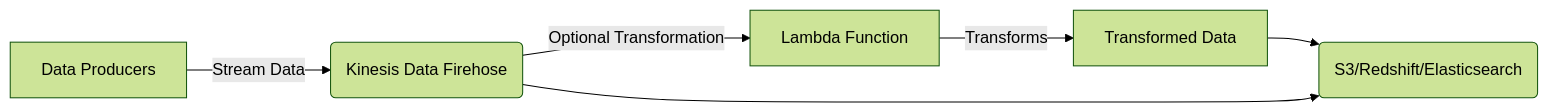
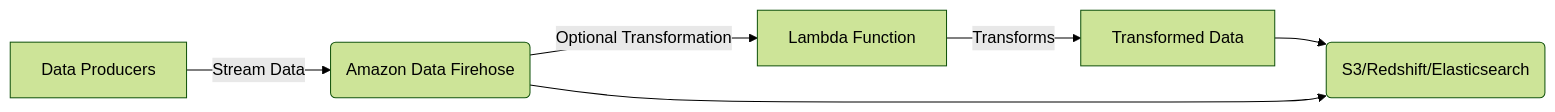
The eighth of 15 diagrams in aws_lambda.md (susmitpy/talks), drawn with Mermaid (forest theme) before and after one commit. The commit also changed other lines of this file, not shown here.

````diff
--- a/aws_lambda.md
+++ b/aws_lambda.md
@@ -383,8 +393,8 @@
 ```mermaid
 graph LR
-    A[Data Producers] -- Stream Data --> B(Kinesis Data Firehose)
+    A[Data Producers] -- Stream Data --> B(Amazon Data Firehose)
     B -- Optional Transformation --> C[Lambda Function]
     C -- Transforms --> D[Transformed Data]
      D --> E(S3/Redshift/Elasticsearch)
      B --> E
 ```
````
